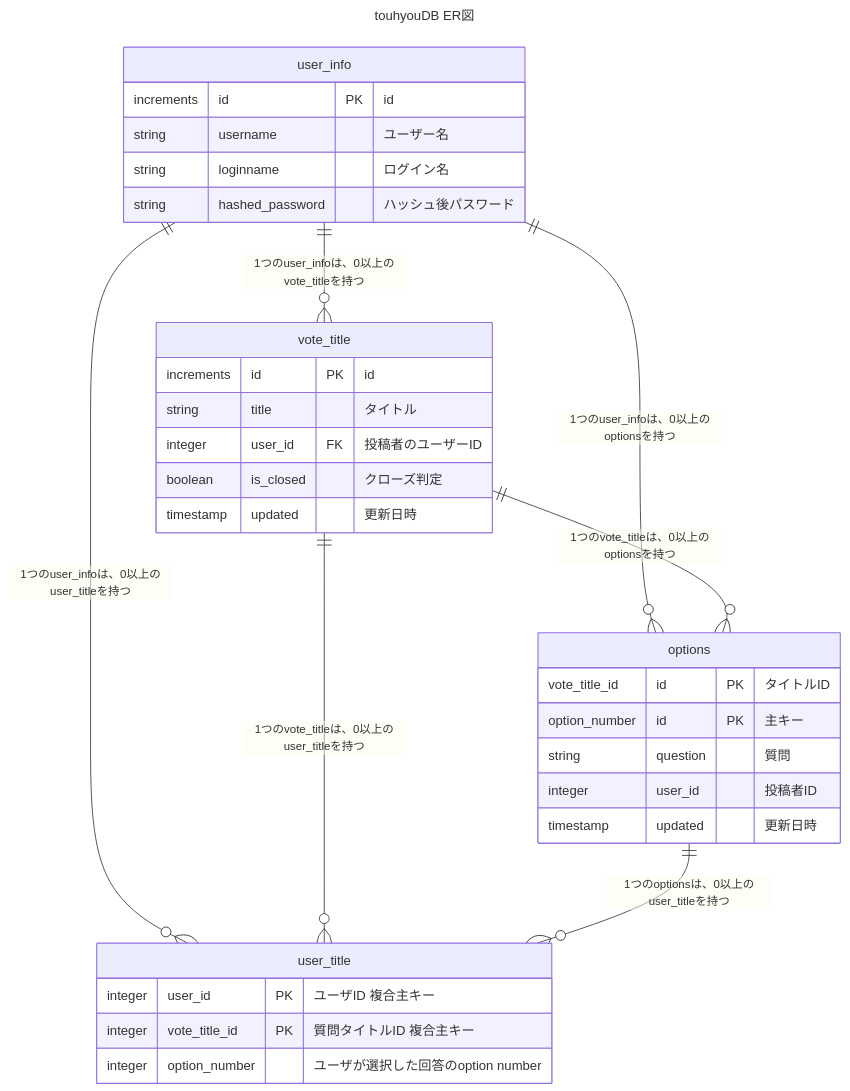
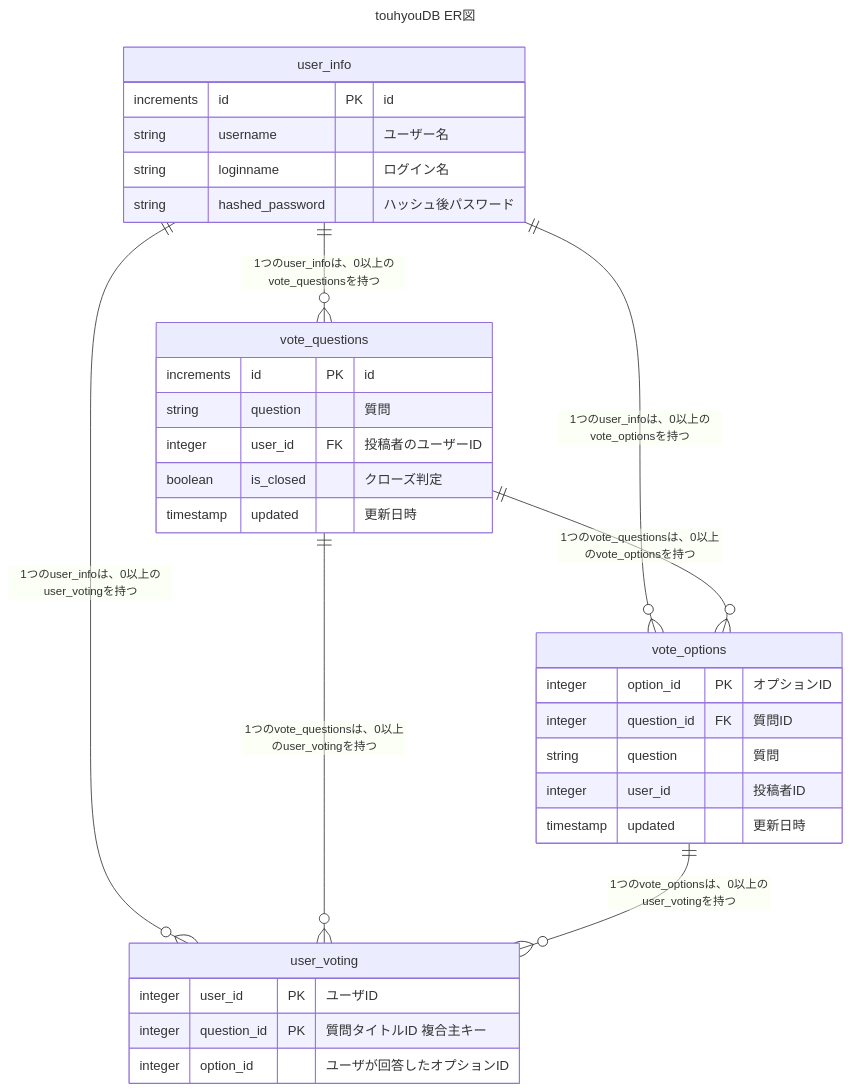
Before and after one commit to Ar3cibo/touhyou: the diagram in README.md, drawn with Mermaid.

Commit message:
readme fixed

````diff
--- a/README.md
+++ b/README.md
@@ -4,43 +4,43 @@
 ```mermaid
 ---
 title: "touhyouDB ER図"
 ---
 erDiagram
 
 user_info {
 increments id PK "id"
 string username "ユーザー名"
 string loginname "ログイン名"
 string hashed_password "ハッシュ後パスワード"
 }
 
-vote_title {
+vote_questions {
 increments id PK "id"
-string title "タイトル"
+string question "質問"
 integer user_id FK "投稿者のユーザーID"
 boolean is_closed "クローズ判定"
 timestamp updated "更新日時"
 }
 
-options {
-vote_title_id id PK "タイトルID"
-option_number id PK "主キー"
+vote_options {
+integer option_id PK "オプションID"
+integer question_id FK "質問ID"
 string question "質問"
 integer user_id "投稿者ID"
 timestamp updated "更新日時"
 }
 
-user_title {
-integer user_id PK "ユーザID 複合主キー"
-integer vote_title_id PK "質問タイトルID 複合主キー"
-integer option_number "ユーザが選択した回答のoption number"
+user_voting {
+integer user_id PK "ユーザID"
+integer question_id PK "質問タイトルID 複合主キー"
+integer option_id "ユーザが回答したオプションID"
 }
 
 
-user_info ||--o{ user_title : "1つのuser_infoは、0以上のuser_titleを持つ"
-user_info ||--o{ vote_title : "1つのuser_infoは、0以上のvote_titleを持つ"
-user_info ||--o{ options : "1つのuser_infoは、0以上のoptionsを持つ"
-vote_title ||--o{ options : "1つのvote_titleは、0以上のoptionsを持つ"
-vote_title ||--o{ user_title : "1つのvote_titleは、0以上のuser_titleを持つ"
-options ||--o{ user_title : "1つのoptionsは、0以上のuser_titleを持つ"
+user_info ||--o{ user_voting : "1つのuser_infoは、0以上のuser_votingを持つ"
+user_info ||--o{ vote_questions : "1つのuser_infoは、0以上のvote_questionsを持つ"
+user_info ||--o{ vote_options : "1つのuser_infoは、0以上のvote_optionsを持つ"
+vote_questions ||--o{ vote_options : "1つのvote_questionsは、0以上のvote_optionsを持つ"
+vote_questions ||--o{ user_voting : "1つのvote_questionsは、0以上のuser_votingを持つ"
+vote_options ||--o{ user_voting : "1つのvote_optionsは、0以上のuser_votingを持つ"
 ```
````
